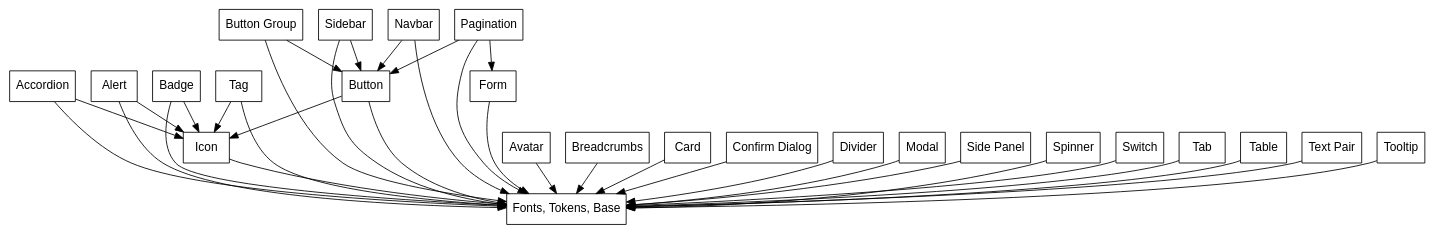
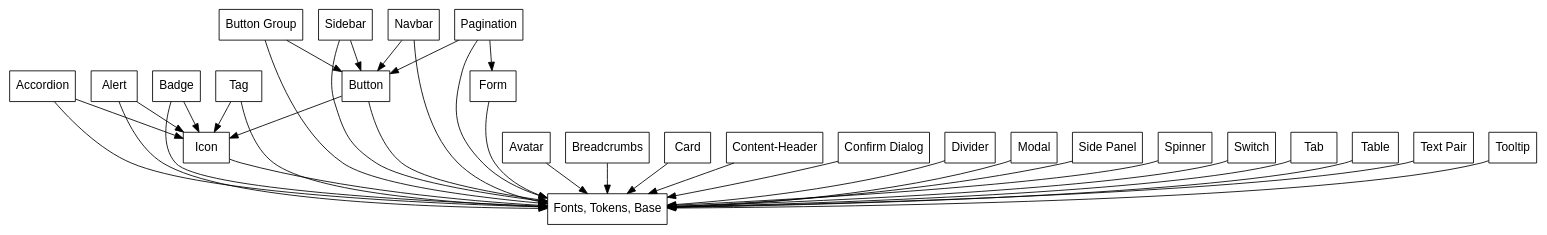
The diagram in tools/generate-graph.dot (RoleModel/optics), drawn with Graphviz before and after one commit. The commit also changed 8 other files, not shown here.

First line of the commit message:
[OP-233] Add Content Header Component (#284)

```diff
--- a/tools/generate-graph.dot
+++ b/tools/generate-graph.dot
@@ -1,51 +1,52 @@
 digraph dependencies {
   fontname = "Helvetica,Arial,sans-serif";
   node [fontname = "Helvetica,Arial,sans-serif";];
   edge [fontname = "Helvetica,Arial,sans-serif";];
   node [shape = box;];
   "Fonts, Tokens, Base";
 
   "Accordion" -> "Fonts, Tokens, Base";
   "Accordion" -> "Icon";
 
   "Alert" -> "Fonts, Tokens, Base";
   "Alert" -> "Icon";
 
   "Badge" -> "Fonts, Tokens, Base";
   "Badge" -> "Icon";
 
   "Button" -> "Fonts, Tokens, Base";
   "Button" -> "Icon";
 
   "Tag" -> "Fonts, Tokens, Base";
   "Tag" -> "Icon";
 
   "Button Group" -> "Fonts, Tokens, Base";
   "Button Group" -> "Button";
 
   "Sidebar" -> "Fonts, Tokens, Base";
   "Sidebar" -> "Button";
 
   "Navbar" -> "Fonts, Tokens, Base";
   "Navbar" -> "Button";
 
   "Pagination" -> "Button";
   "Pagination" -> "Form";
   "Pagination" -> "Fonts, Tokens, Base";
 
   "Avatar" -> "Fonts, Tokens, Base";
   "Breadcrumbs" -> "Fonts, Tokens, Base";
   "Card" -> "Fonts, Tokens, Base";
+  "Content-Header" -> "Fonts, Tokens, Base";
   "Confirm Dialog" -> "Fonts, Tokens, Base";
   "Divider" -> "Fonts, Tokens, Base";
   "Form" -> "Fonts, Tokens, Base";
   "Icon" -> "Fonts, Tokens, Base";
   "Modal" -> "Fonts, Tokens, Base";
   "Side Panel" -> "Fonts, Tokens, Base";
   "Spinner" -> "Fonts, Tokens, Base";
   "Switch" -> "Fonts, Tokens, Base";
   "Tab" -> "Fonts, Tokens, Base";
   "Table" -> "Fonts, Tokens, Base";
   "Text Pair" -> "Fonts, Tokens, Base";
   "Tooltip" -> "Fonts, Tokens, Base";
 }
```
